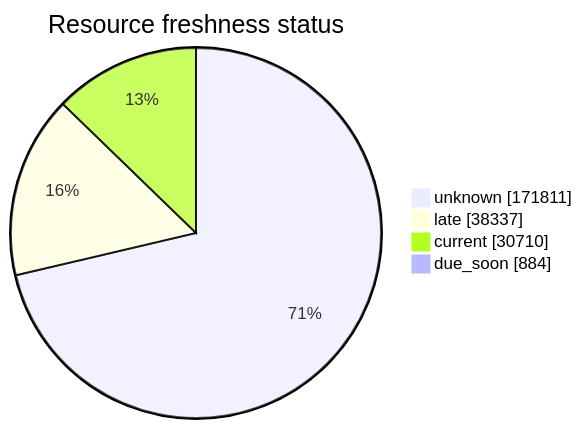
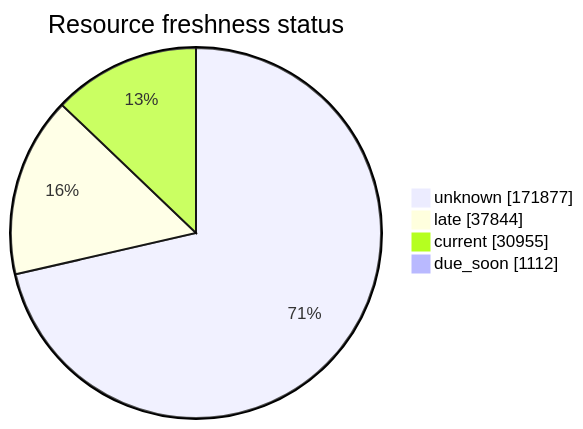
Before and after one commit to open-data/analytics-corporate-reporting: the third of 5 diagrams in FreshCheck/README.md, drawn with Mermaid. The commit also changed other lines of this file and 3 other files, not shown here.

````diff
--- a/FreshCheck/README.md
+++ b/FreshCheck/README.md
@@ -77,7 +77,7 @@
 ```mermaid
 pie showData title Resource freshness status
-    "unknown": 171811
-    "late": 38337
-    "current": 30710
-    "due_soon": 884
+    "unknown": 171877
+    "late": 37844
+    "current": 30955
+    "due_soon": 1112
 ```
````
